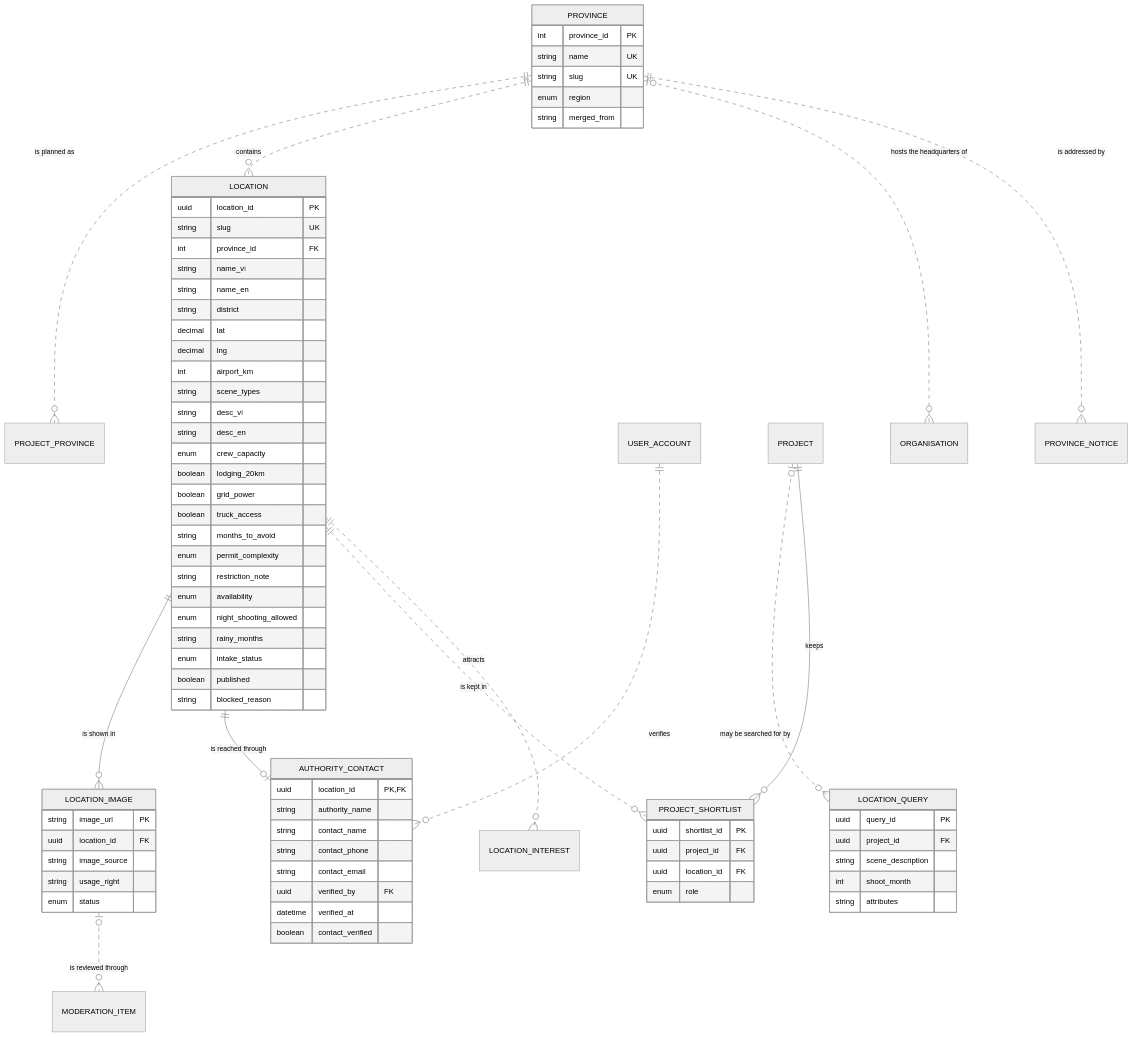
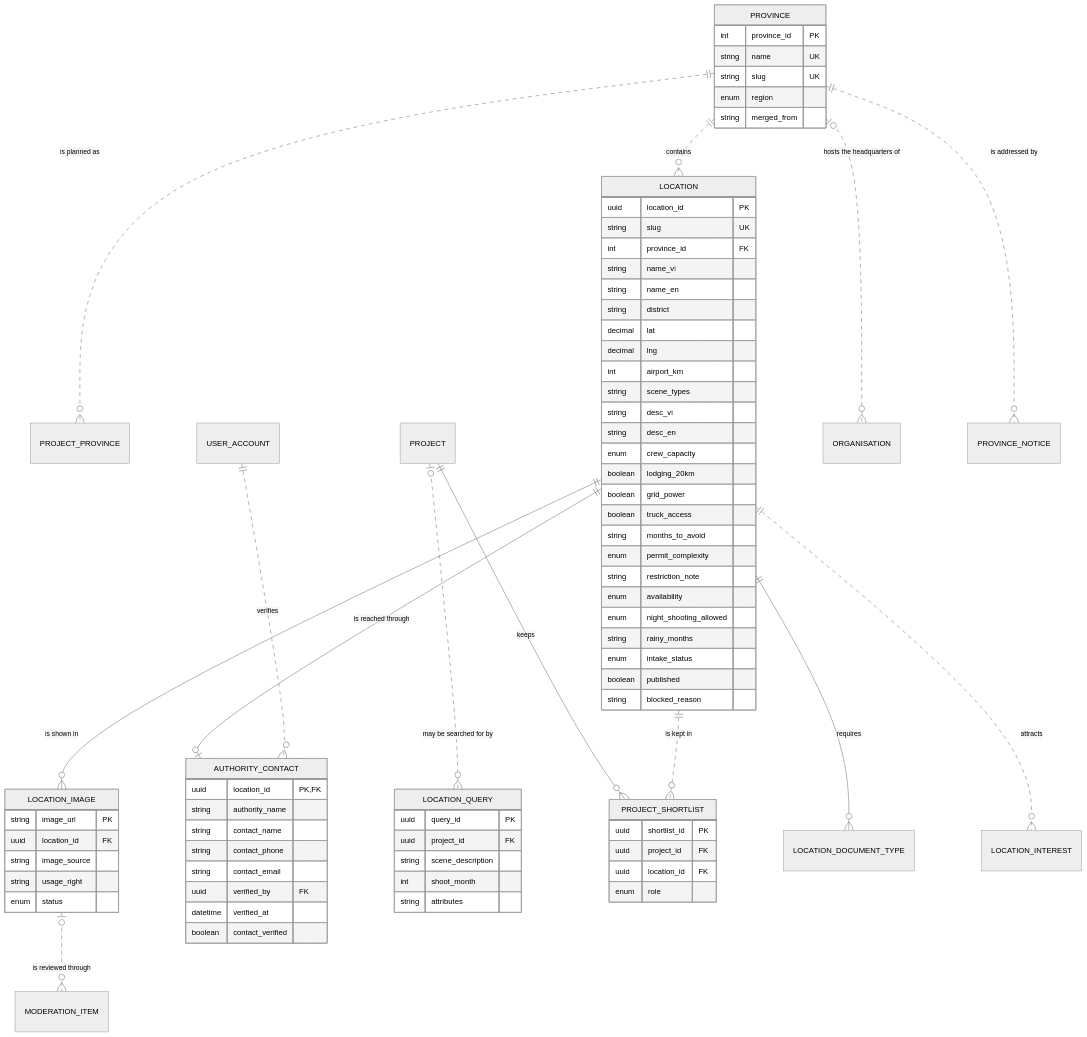
One commit to namnt2005/CINEMATCH-DBIZ3.TeamC changed the diagram in data/data-model-M3.md. Above: the diagram before and after it, drawn with Mermaid (neutral theme). The commit also changed other lines of this file and 136 other files, not shown here.

````diff
--- a/data/data-model-M3.md
+++ b/data/data-model-M3.md
@@ -181,79 +182,80 @@
 ```mermaid
 erDiagram
     PROVINCE ||..o{ PROJECT_PROVINCE : "is planned as"
     PROVINCE ||..o{ LOCATION : "contains"
     LOCATION ||--o{ LOCATION_IMAGE : "is shown in"
     LOCATION ||--o| AUTHORITY_CONTACT : "is reached through"
     USER_ACCOUNT ||..o{ AUTHORITY_CONTACT : "verifies"
     PROJECT |o..o{ LOCATION_QUERY : "may be searched for by"
     PROJECT ||--o{ PROJECT_SHORTLIST : "keeps"
     LOCATION ||..o{ PROJECT_SHORTLIST : "is kept in"
     PROVINCE |o..o{ ORGANISATION : "hosts the headquarters of"
+    LOCATION ||--o{ LOCATION_DOCUMENT_TYPE : "requires"
     LOCATION ||..o{ LOCATION_INTEREST : "attracts"
     PROVINCE ||..o{ PROVINCE_NOTICE : "is addressed by"
     LOCATION_IMAGE |o..o{ MODERATION_ITEM : "is reviewed through"
     LOCATION {
         uuid location_id PK
         string slug UK
         int province_id FK
         string name_vi
         string name_en
         string district
         decimal lat
         decimal lng
         int airport_km
         string scene_types
         string desc_vi
         string desc_en
         enum crew_capacity
         boolean lodging_20km
         boolean grid_power
         boolean truck_access
         string months_to_avoid
         enum permit_complexity
         string restriction_note
         enum availability
         enum night_shooting_allowed
         string rainy_months
         enum intake_status
         boolean published
         string blocked_reason
     }
     LOCATION_IMAGE {
         string image_url PK
         uuid location_id FK
         string image_source
         string usage_right
         enum status
     }
     AUTHORITY_CONTACT {
         uuid location_id PK,FK
         string authority_name
         string contact_name
         string contact_phone
         string contact_email
         uuid verified_by FK
         datetime verified_at
         boolean contact_verified
     }
     PROVINCE {
         int province_id PK
         string name UK
         string slug UK
         enum region
         string merged_from
     }
     LOCATION_QUERY {
         uuid query_id PK
         uuid project_id FK
         string scene_description
         int shoot_month
         string attributes
     }
     PROJECT_SHORTLIST {
         uuid shortlist_id PK
         uuid project_id FK
         uuid location_id FK
         enum role
     }
 ```
````
